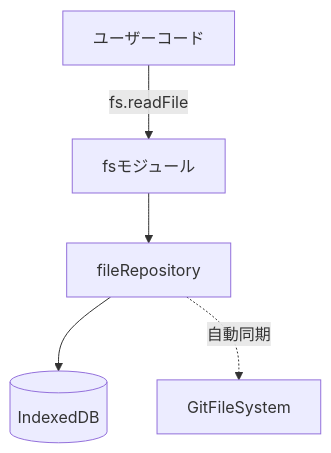
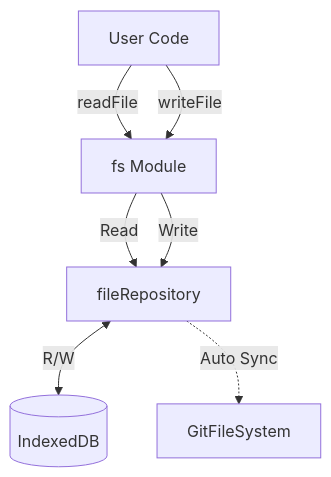
Before and after one commit to Stasshe/Pyxis-CodeCanvas: the tenth of 12 diagrams in docs/NODE-RUNTIME.md, drawn with Mermaid. The commit also changed other lines of this file, not shown here.

Commit message:
Implement code changes to enhance functionality and improve performance

````diff
--- a/docs/NODE-RUNTIME.md
+++ b/docs/NODE-RUNTIME.md
@@ -627,13 +656,17 @@
 ```mermaid
 graph TB
-    UserCode[ユーザーコード]
-    FSModule[fsモジュール]
+    UserCode[User Code]
+    FSModule[fs Module]
     FileRepo[fileRepository]
     IDB[(IndexedDB)]
     GitFS[GitFileSystem]
     
-    UserCode -->|fs.readFile| FSModule
-    FSModule --> FileRepo
-    FileRepo --> IDB
-    FileRepo -.自動同期.-> GitFS
+    UserCode -->|readFile| FSModule
+    UserCode -->|writeFile| FSModule
+    
+    FSModule -->|Read| FileRepo
+    FSModule -->|Write| FileRepo
+    
+    FileRepo <-->|R/W| IDB
+    FileRepo -.Auto Sync.-> GitFS
 ```
````
